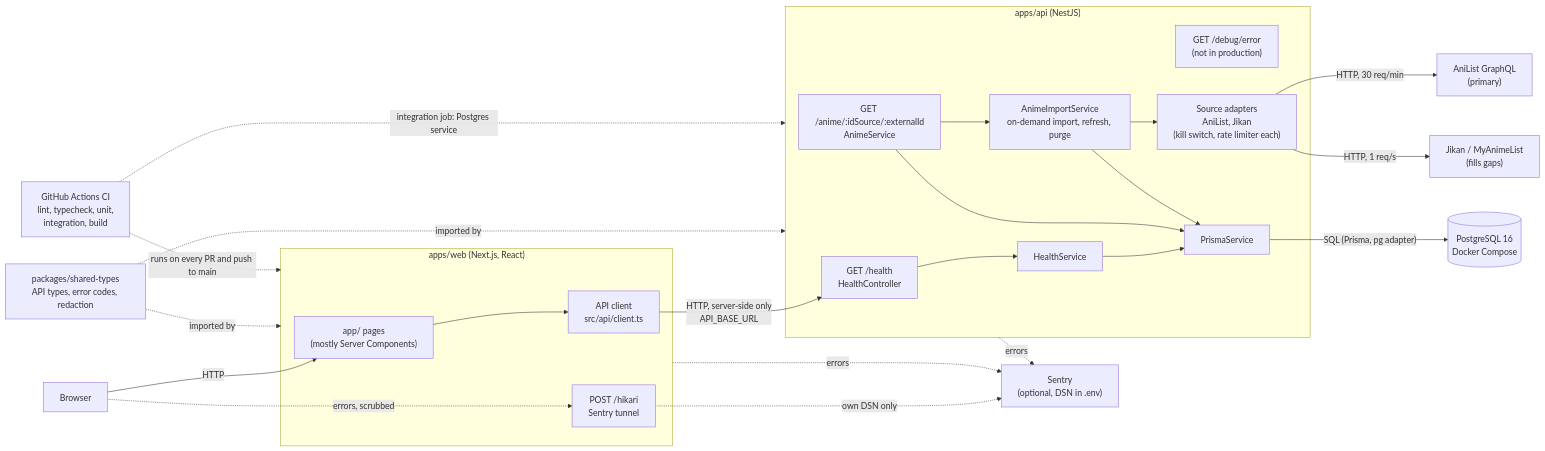
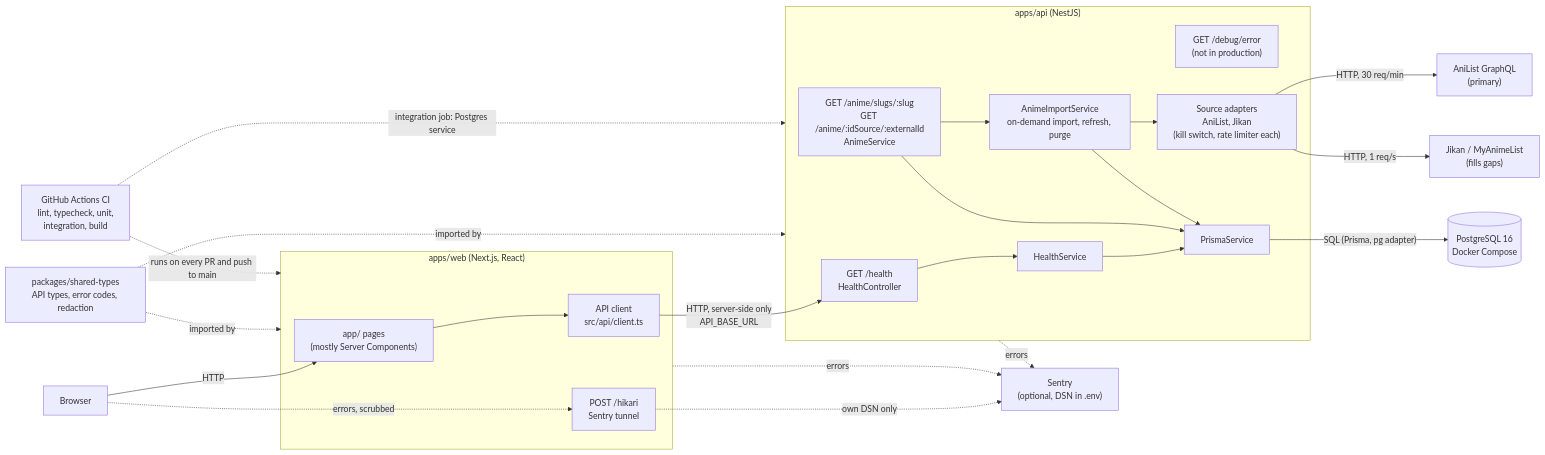
One commit to otakuLeague/otakuleague-core changed the diagram in docs/architecture.md. Above: the diagram before and after it, drawn with Mermaid. The commit also changed other lines of this file and 10 other files, not shown here.

Commit message:
feat(OTA-94): serve anime by slug (part 2 of 2) (#24)

````diff
--- a/docs/architecture.md
+++ b/docs/architecture.md
@@ -5,50 +5,50 @@
 ```mermaid
 flowchart LR
   browser["Browser"]
 
   subgraph web["apps/web (Next.js, React)"]
     pages["app/ pages<br/>(mostly Server Components)"]
     client["API client<br/>src/api/client.ts"]
     tunnel["POST /hikari<br/>Sentry tunnel"]
   end
 
   subgraph api["apps/api (NestJS)"]
     health["GET /health<br/>HealthController"]
     healthSvc["HealthService"]
     debug["GET /debug/error<br/>(not in production)"]
-    animeApi["GET /anime/:idSource/:externalId<br/>AnimeService"]
+    animeApi["GET /anime/slugs/:slug<br/>GET /anime/:idSource/:externalId<br/>AnimeService"]
     importer["AnimeImportService<br/>on-demand import, refresh, purge"]
     adapters["Source adapters<br/>AniList, Jikan<br/>(kill switch, rate limiter each)"]
     prisma["PrismaService"]
   end
 
   anilistApi["AniList GraphQL<br/>(primary)"]
   jikanApi["Jikan / MyAnimeList<br/>(fills gaps)"]
 
   shared["packages/shared-types<br/>API types, error codes, redaction"]
   db[("PostgreSQL 16<br/>Docker Compose")]
   sentry["Sentry<br/>(optional, DSN in .env)"]
   ci["GitHub Actions CI<br/>lint, typecheck, unit,<br/>integration, build"]
 
   browser -->|HTTP| pages
   pages --> client
   client -->|"HTTP, server-side only<br/>API_BASE_URL"| health
   health --> healthSvc --> prisma
   animeApi --> importer --> adapters
   animeApi --> prisma
   importer --> prisma
   adapters -->|"HTTP, 30 req/min"| anilistApi
   adapters -->|"HTTP, 1 req/s"| jikanApi
   prisma -->|"SQL (Prisma, pg adapter)"| db
 
   shared -.->|imported by| web
   shared -.->|imported by| api
 
   browser -.->|"errors, scrubbed"| tunnel
   tunnel -.->|"own DSN only"| sentry
   web -.->|errors| sentry
   api -.->|errors| sentry
 
   ci -.->|"runs on every PR and push to main"| web
   ci -.->|"integration job: Postgres service"| api
 ```
````
